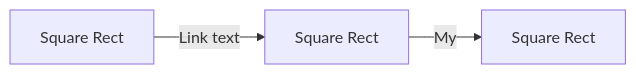
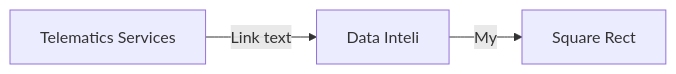
The diagram in README.md (ParisaMousavi/AutomotiveFunctionalSafetyCompliance), drawn with Mermaid before and after one commit. The commit also changed other lines of this file, not shown here.

````diff
--- a/README.md
+++ b/README.md
@@ -4,5 +4,5 @@
 ```mermaid
 graph LR
-A[Square Rect] -- Link text --> B[Square Rect]
+A[Telematics Services] -- Link text --> B[Data Inteli]
 B -- My --> C[Square Rect]
 ```
````
